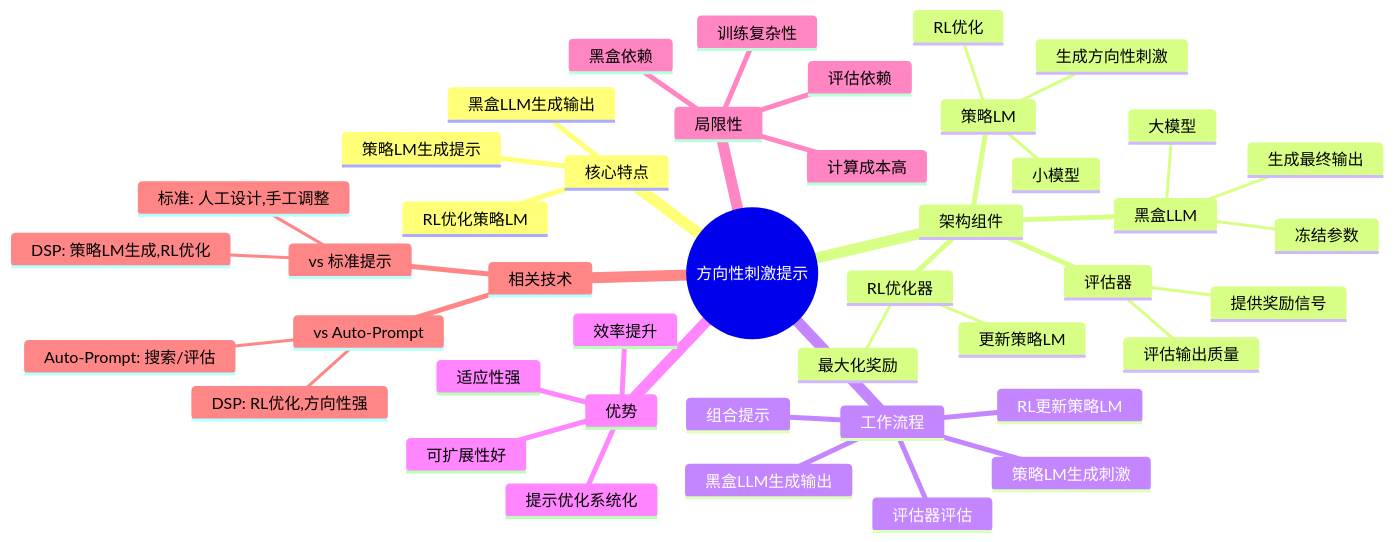
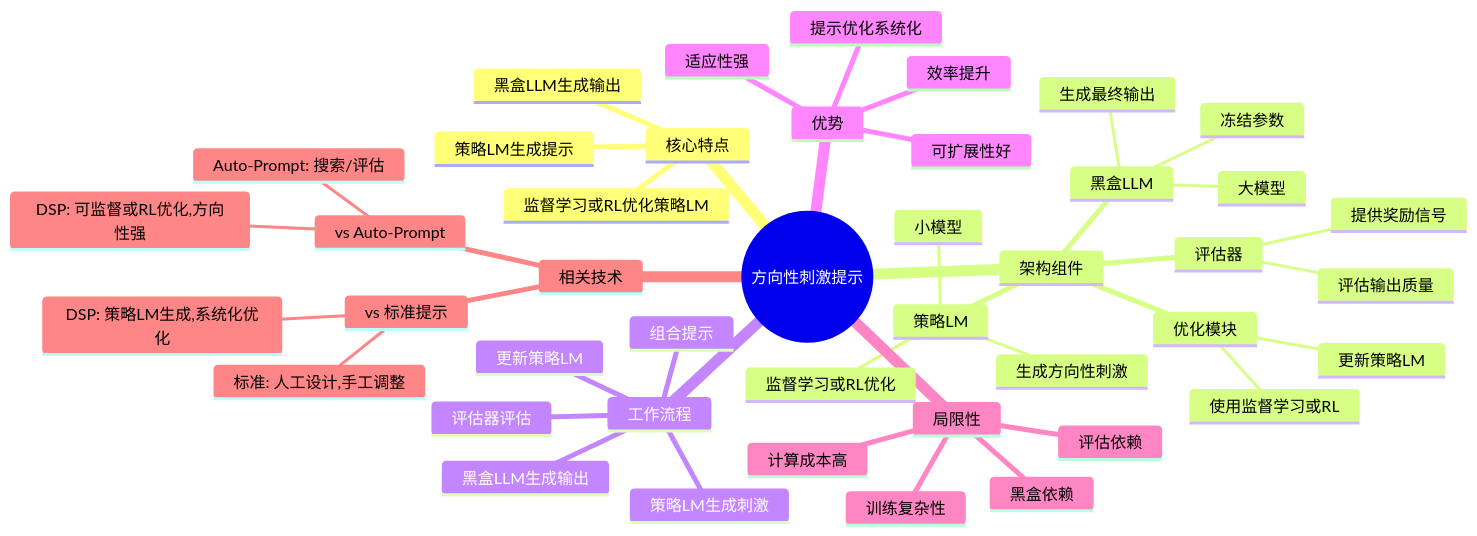
Before and after one commit to lihaizhong/ai-agent-upgrade: diagram 15 of 21 in notebook/00-prompt-techniques-overview.md, drawn with Mermaid. The commit also changed other lines of this file and 15 other files, not shown here.

````diff
--- a/notebook/00-prompt-techniques-overview.md
+++ b/notebook/00-prompt-techniques-overview.md
@@ -648,46 +648,46 @@
 ```mermaid
 mindmap
   root((方向性刺激提示))
     核心特点
       策略LM生成提示
       黑盒LLM生成输出
-      RL优化策略LM
+      监督学习或RL优化策略LM
     架构组件
       策略LM
         小模型
         生成方向性刺激
-        RL优化
+        监督学习或RL优化
       黑盒LLM
         大模型
         冻结参数
         生成最终输出
       评估器
         评估输出质量
         提供奖励信号
-      RL优化器
+      优化模块
         更新策略LM
-        最大化奖励
+        使用监督学习或RL
     工作流程
       策略LM生成刺激
       组合提示
       黑盒LLM生成输出
       评估器评估
-      RL更新策略LM
+      更新策略LM
     优势
       提示优化系统化
       效率提升
       适应性强
       可扩展性好
     局限性
       训练复杂性
       计算成本高
       评估依赖
       黑盒依赖
     相关技术
       vs 标准提示
-        DSP: 策略LM生成,RL优化
+        DSP: 策略LM生成,系统化优化
         标准: 人工设计,手工调整
       vs Auto-Prompt
-        DSP: RL优化,方向性强
+        DSP: 可监督或RL优化,方向性强
         Auto-Prompt: 搜索/评估
 ```
````
